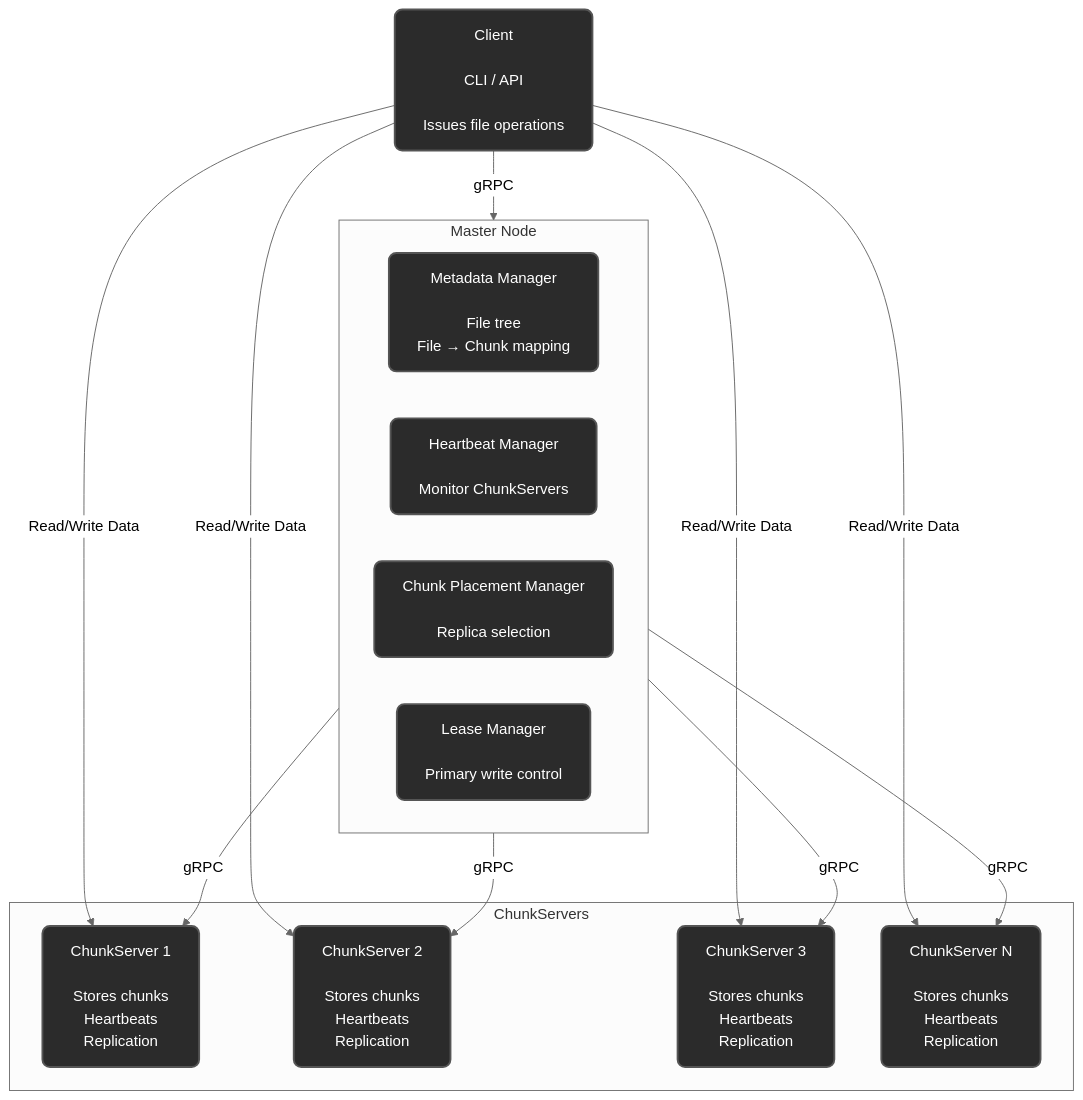
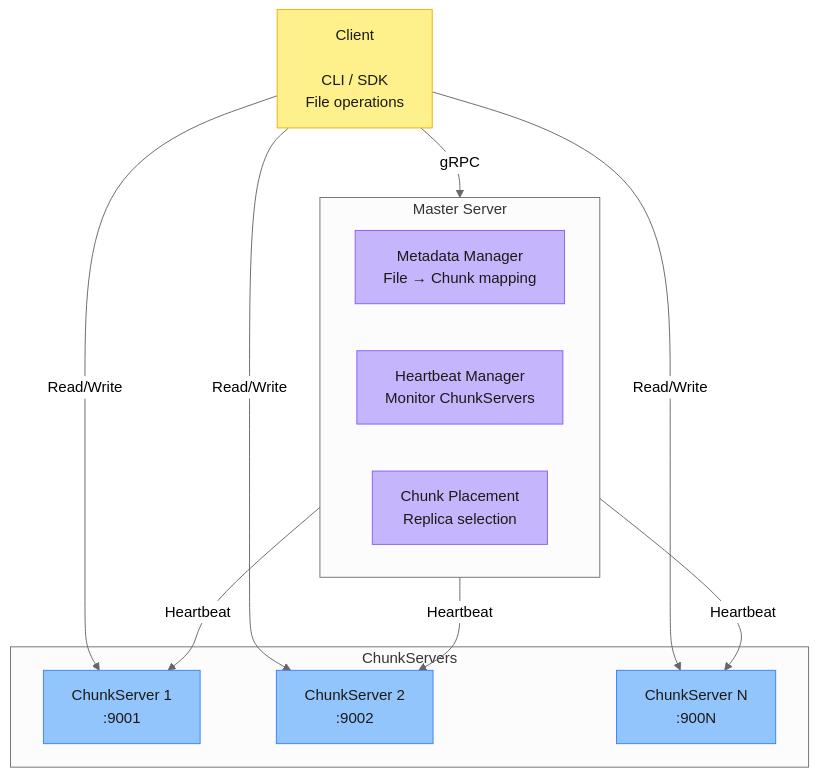
Before and after one commit to ChiragJS/DFS: the first of 3 diagrams in README.md, drawn with Mermaid (neutral theme). The commit also changed other lines of this file and 2 other files, not shown here.

````diff
--- a/README.md
+++ b/README.md
@@ -66,31 +90,28 @@
 ```mermaid
 flowchart TB
-    classDef box fill:#2b2b2b,stroke:#555,color:#fff,stroke-width:2px,rx:8,ry:8,font-size:16px
-    classDef arrow stroke:#999,color:#ccc,stroke-width:2px
+    classDef client fill:#fef08a,stroke:#eab308,color:#1c1917
+    classDef master fill:#c4b5fd,stroke:#8b5cf6,color:#1c1917
+    classDef chunk fill:#93c5fd,stroke:#3b82f6,color:#1c1917
 
-    Client["Client<br/><br/>CLI / API<br/><br/>Issues file operations"]:::box -->|gRPC| MasterNode
+    Client["Client<br/><br/>CLI / SDK<br/>File operations"]:::client --> |gRPC| Master
 
-    subgraph MasterNode["Master Node"]
-        MM["Metadata Manager<br/><br/>File tree<br/>File → Chunk mapping"]:::box
-        HM["Heartbeat Manager<br/><br/>Monitor ChunkServers"]:::box
-        CM["Chunk Placement Manager<br/><br/>Replica selection"]:::box
-        LM["Lease Manager<br/><br/>Primary write control"]:::box
+    subgraph Master["Master Server"]
+        MM["Metadata Manager<br/>File → Chunk mapping"]:::master
+        HM["Heartbeat Manager<br/>Monitor ChunkServers"]:::master
+        CM["Chunk Placement<br/>Replica selection"]:::master
     end
 
     subgraph CSGroup["ChunkServers"]
-        CS1["ChunkServer 1<br/><br/>Stores chunks<br/>Heartbeats<br/>Replication"]:::box
-        CS2["ChunkServer 2<br/><br/>Stores chunks<br/>Heartbeats<br/>Replication"]:::box
-        CS3["ChunkServer 3<br/><br/>Stores chunks<br/>Heartbeats<br/>Replication"]:::box
-        CSN["ChunkServer N<br/><br/>Stores chunks<br/>Heartbeats<br/>Replication"]:::box
+        CS1["ChunkServer 1<br/>:9001"]:::chunk
+        CS2["ChunkServer 2<br/>:9002"]:::chunk
+        CSN["ChunkServer N<br/>:900N"]:::chunk
     end
 
-    MasterNode -->|gRPC| CS1
-    MasterNode -->|gRPC| CS2
-    MasterNode -->|gRPC| CS3
-    MasterNode -->|gRPC| CSN
+    Master --> |Heartbeat| CS1
+    Master --> |Heartbeat| CS2
+    Master --> |Heartbeat| CSN
 
-    Client -->|Read/Write Data| CS1
-    Client -->|Read/Write Data| CS2
-    Client -->|Read/Write Data| CS3
-    Client -->|Read/Write Data| CSN
+    Client --> |Read/Write| CS1
+    Client --> |Read/Write| CS2
+    Client --> |Read/Write| CSN
 ```
````
